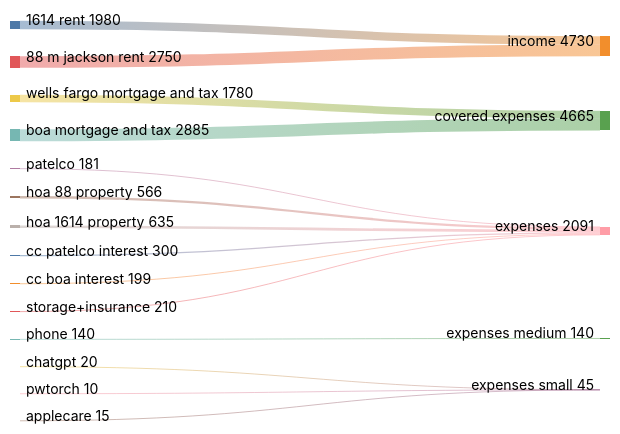
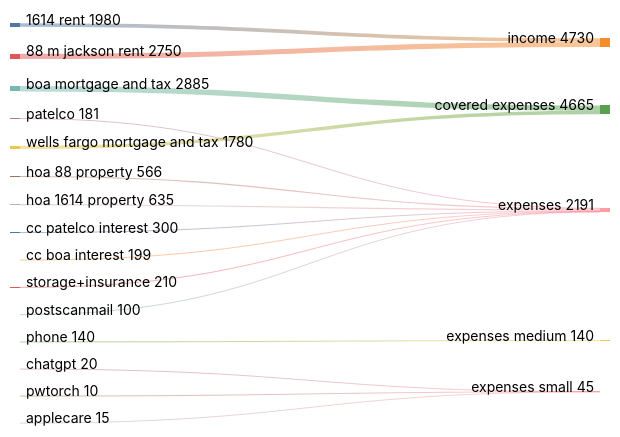
The first of 12 diagrams in README.md (sarnobat/mermaid), drawn with Mermaid (forest theme) before and after one commit.

Commit message:
Add new expense entries to README

````diff
--- a/README.md
+++ b/README.md
@@ -5,22 +5,23 @@
 ```mermaid
 ---
 config:
   sankey:
     showValues: true
 ---
 sankey-beta
 1614 rent,income,1980
 88 m jackson rent,income,2750
 boa mortgage and tax,covered expenses,2885
 wells fargo mortgage and tax,covered expenses,1780
 patelco,expenses,181
 hoa 88 property,expenses,566
 hoa 1614 property,expenses,635
 cc patelco interest,expenses,300
 cc boa interest,expenses,199
 storage+insurance,expenses,210
+postscanmail,expenses,100
 phone,expenses medium,140
 chatgpt,expenses small,20
 pwtorch,expenses small,10
 applecare,expenses small,15
 ```
````
